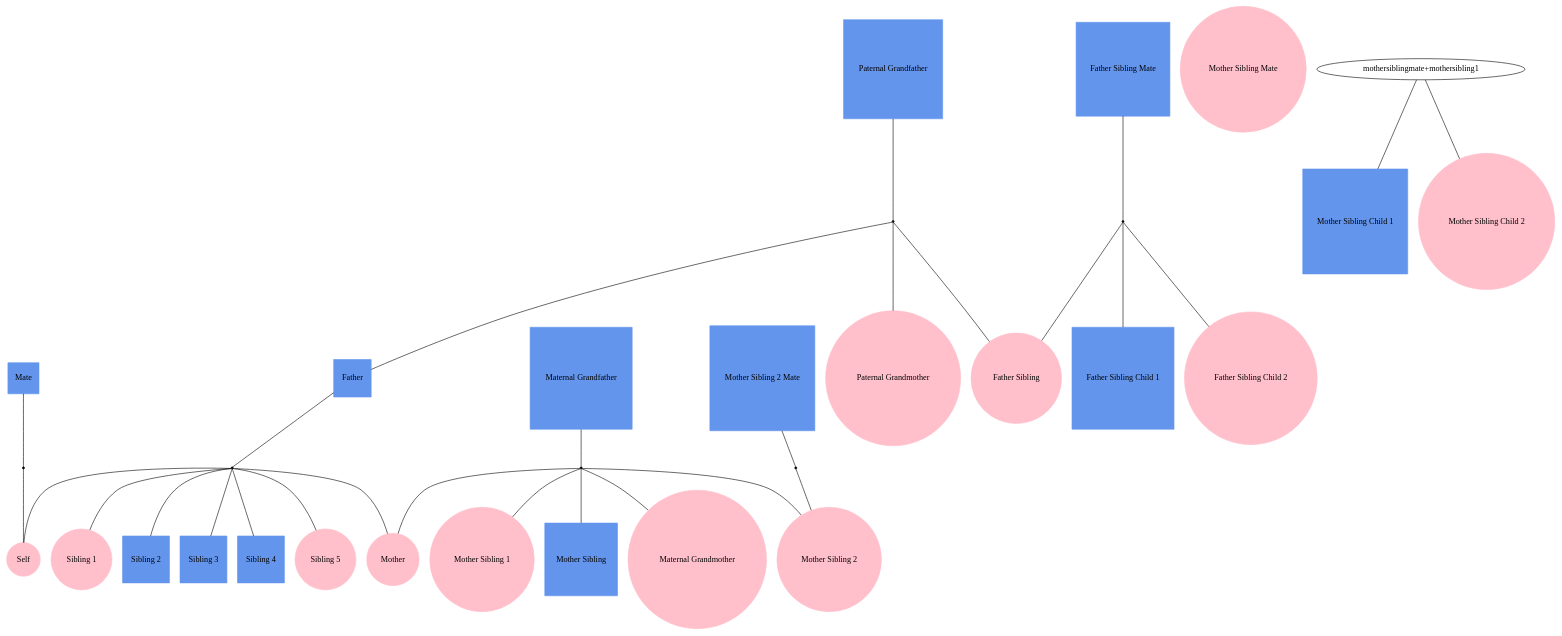
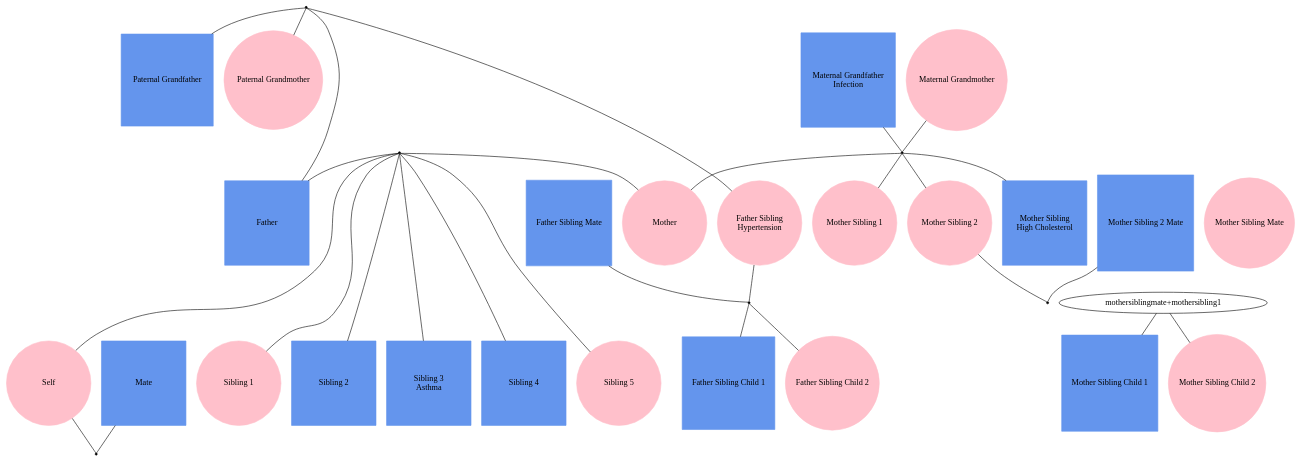
One commit to phewing/teamM_L changed the diagram in encoder/out16.gv. Above: the diagram before and after it, drawn with Graphviz. The commit also changed 22 other files, not shown here.

```diff
--- a/encoder/out16.gv
+++ b/encoder/out16.gv
@@ -1,58 +1,64 @@
 
 graph f16 {
-"Self" [shape=oval, style=filled, regular=1, color="pink"];
-"Mate" [shape=box, style=filled, regular=1, color="cornflowerblue"];
-"Sibling 1" [shape=oval, style=filled, regular=1, color="pink"];
-"Sibling 2" [shape=box, style=filled, regular=1, color="cornflowerblue"];
-"Sibling 3" [shape=box, style=filled, regular=1, color="cornflowerblue"];
-"Sibling 4" [shape=box, style=filled, regular=1, color="cornflowerblue"];
-"Sibling 5" [shape=oval, style=filled, regular=1, color="pink"];
-"Father" [shape=box, style=filled, regular=1, color="cornflowerblue"];
-"Father Sibling" [shape=oval, style=filled, regular=1, color="pink"];
-"Father Sibling Mate" [shape=box, style=filled, regular=1, color="cornflowerblue"];
-"Father Sibling Child 1" [shape=box, style=filled, regular=1, color="cornflowerblue"];
-"Father Sibling Child 2" [shape=oval, style=filled, regular=1, color="pink"];
-"Paternal Grandmother" [shape=oval, style=filled, regular=1, color="pink"];
-"Paternal Grandfather" [shape=box, style=filled, regular=1, color="cornflowerblue"];
-"Mother" [shape=oval, style=filled, regular=1, color="pink"];
-"Mother Sibling 1" [shape=oval, style=filled, regular=1, color="pink"];
-"Mother Sibling 2" [shape=oval, style=filled, regular=1, color="pink"];
-"Mother Sibling 2 Mate" [shape=box, style=filled, regular=1, color="cornflowerblue"];
-"Mother Sibling" [shape=box, style=filled, regular=1, color="cornflowerblue"];
-"Mother Sibling Mate" [shape=oval, style=filled, regular=1, color="pink"];
-"Mother Sibling Child 1" [shape=box, style=filled, regular=1, color="cornflowerblue"];
-"Mother Sibling Child 2" [shape=oval, style=filled, regular=1, color="pink"];
-"Maternal Grandmother" [shape=oval, style=filled, regular=1, color="pink"];
-"Maternal Grandfather" [shape=box, style=filled, regular=1, color="cornflowerblue"];
+ordering=out;
+
+"Self" [fontname="helvetica:bold", width=2, shape=oval, style=filled, regular=1, color="pink"];
+"Mate" [fontname="helvetica:bold", width=2, shape=box, style=filled, regular=1, color="cornflowerblue"];
+"Sibling 1" [fontname="helvetica:bold", width=2, shape=oval, style=filled, regular=1, color="pink"];
+"Sibling 2" [fontname="helvetica:bold", width=2, shape=box, style=filled, regular=1, color="cornflowerblue"];
+"Sibling 3\nAsthma" [fontname="helvetica:bold", width=2, shape=box, style=filled, regular=1, color="cornflowerblue"];
+"Sibling 4" [fontname="helvetica:bold", width=2, shape=box, style=filled, regular=1, color="cornflowerblue"];
+"Sibling 5" [fontname="helvetica:bold", width=2, shape=oval, style=filled, regular=1, color="pink"];
+"Father" [fontname="helvetica:bold", width=2, shape=box, style=filled, regular=1, color="cornflowerblue"];
+"Father Sibling\nHypertension" [fontname="helvetica:bold", width=2, shape=oval, style=filled, regular=1, color="pink"];
+"Father Sibling Mate" [fontname="helvetica:bold", width=2, shape=box, style=filled, regular=1, color="cornflowerblue"];
+"Father Sibling Child 1" [fontname="helvetica:bold", width=2, shape=box, style=filled, regular=1, color="cornflowerblue"];
+"Father Sibling Child 2" [fontname="helvetica:bold", width=2, shape=oval, style=filled, regular=1, color="pink"];
+"Paternal Grandmother" [fontname="helvetica:bold", width=2, shape=oval, style=filled, regular=1, color="pink"];
+"Paternal Grandfather" [fontname="helvetica:bold", width=2, shape=box, style=filled, regular=1, color="cornflowerblue"];
+"Mother" [fontname="helvetica:bold", width=2, shape=oval, style=filled, regular=1, color="pink"];
+"Mother Sibling 1" [fontname="helvetica:bold", width=2, shape=oval, style=filled, regular=1, color="pink"];
+"Mother Sibling 2" [fontname="helvetica:bold", width=2, shape=oval, style=filled, regular=1, color="pink"];
+"Mother Sibling 2 Mate" [fontname="helvetica:bold", width=2, shape=box, style=filled, regular=1, color="cornflowerblue"];
+"Mother Sibling\nHigh Cholesterol" [fontname="helvetica:bold", width=2, shape=box, style=filled, regular=1, color="cornflowerblue"];
+"Mother Sibling Mate" [fontname="helvetica:bold", width=2, shape=oval, style=filled, regular=1, color="pink"];
+"Mother Sibling Child 1" [fontname="helvetica:bold", width=2, shape=box, style=filled, regular=1, color="cornflowerblue"];
+"Mother Sibling Child 2" [fontname="helvetica:bold", width=2, shape=oval, style=filled, regular=1, color="pink"];
+"Maternal Grandmother" [fontname="helvetica:bold", width=2, shape=oval, style=filled, regular=1, color="pink"];
+"Maternal Grandfather\nInfection" [fontname="helvetica:bold", width=2, shape=box, style=filled, regular=1, color="cornflowerblue"];
 
 "mate+self" [shape=point];
 "father+mother" [shape=point];
 "fathersiblingmate+fathersibling" [shape=point];
 "paternalgrandfather+paternalgrandmother" [shape=point];
 "mothersibling2mate+mothersibling2" [shape=point];
 "maternalgrandfather+maternalgrandmother" [shape=point];
 
 "Mate" -- "mate+self" -- "Self";
 "Father" -- "father+mother" -- "Mother";
-"Father Sibling Mate" -- "fathersiblingmate+fathersibling" -- "Father Sibling";
+"Father Sibling Mate" -- "fathersiblingmate+fathersibling" -- "Father Sibling\nHypertension";
 "Paternal Grandfather" -- "paternalgrandfather+paternalgrandmother" -- "Paternal Grandmother";
 "Mother Sibling 2 Mate" -- "mothersibling2mate+mothersibling2" -- "Mother Sibling 2";
-"Maternal Grandfather" -- "maternalgrandfather+maternalgrandmother" -- "Maternal Grandmother";
+"Maternal Grandfather\nInfection" -- "maternalgrandfather+maternalgrandmother" -- "Maternal Grandmother";
 
 "father+mother" -- "Self";
 "father+mother" -- "Sibling 1";
 "father+mother" -- "Sibling 2";
-"father+mother" -- "Sibling 3";
+"father+mother" -- "Sibling 3\nAsthma";
 "father+mother" -- "Sibling 4";
 "father+mother" -- "Sibling 5";
 "paternalgrandfather+paternalgrandmother" -- "Father";
-"paternalgrandfather+paternalgrandmother" -- "Father Sibling";
+"paternalgrandfather+paternalgrandmother" -- "Father Sibling\nHypertension";
 "fathersiblingmate+fathersibling" -- "Father Sibling Child 1";
 "fathersiblingmate+fathersibling" -- "Father Sibling Child 2";
 "maternalgrandfather+maternalgrandmother" -- "Mother";
 "maternalgrandfather+maternalgrandmother" -- "Mother Sibling 1";
 "maternalgrandfather+maternalgrandmother" -- "Mother Sibling 2";
-"maternalgrandfather+maternalgrandmother" -- "Mother Sibling";
+"maternalgrandfather+maternalgrandmother" -- "Mother Sibling\nHigh Cholesterol";
 "mothersiblingmate+mothersibling1" -- "Mother Sibling Child 1";
 "mothersiblingmate+mothersibling1" -- "Mother Sibling Child 2";
+
+{rank=same; "Paternal Grandmother" "Paternal Grandfather" "Maternal Grandmother" "Maternal Grandfather\nInfection"}
+{rank=same; "Father" "Father Sibling\nHypertension" "Father Sibling Mate" "Mother" "Mother Sibling 1" "Mother Sibling 2" "Mother Sibling 2 Mate" "Mother Sibling\nHigh Cholesterol" "Mother Sibling Mate"}
+{rank=same; "Self" "Mate" "Sibling 1" "Sibling 2" "Sibling 3\nAsthma" "Sibling 4" "Sibling 5" "Father Sibling Child 1" "Father Sibling Child 2" "Mother Sibling Child 1" "Mother Sibling Child 2"}
 }
```
